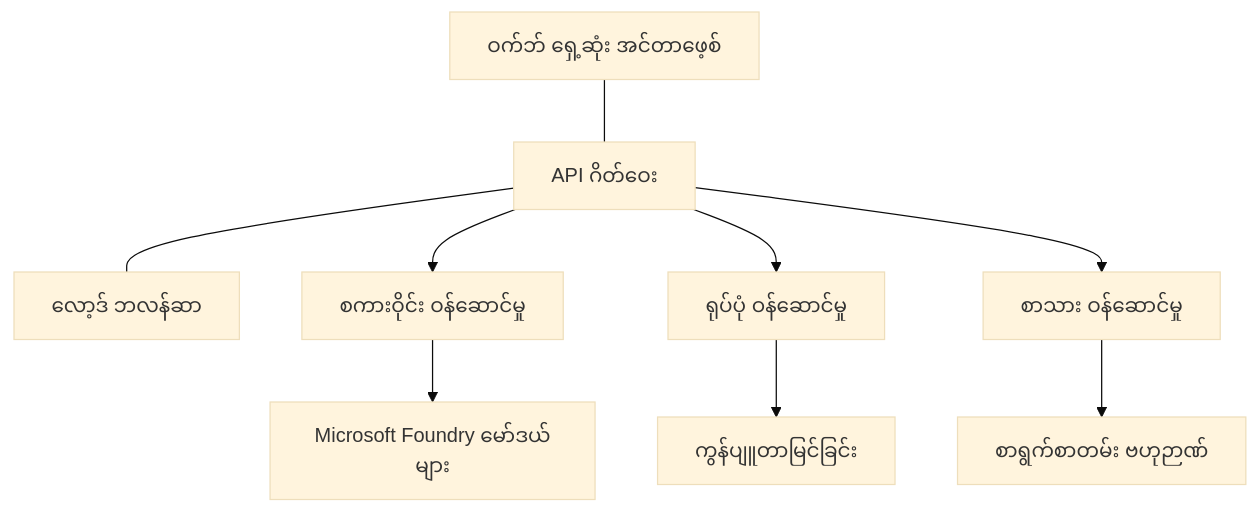
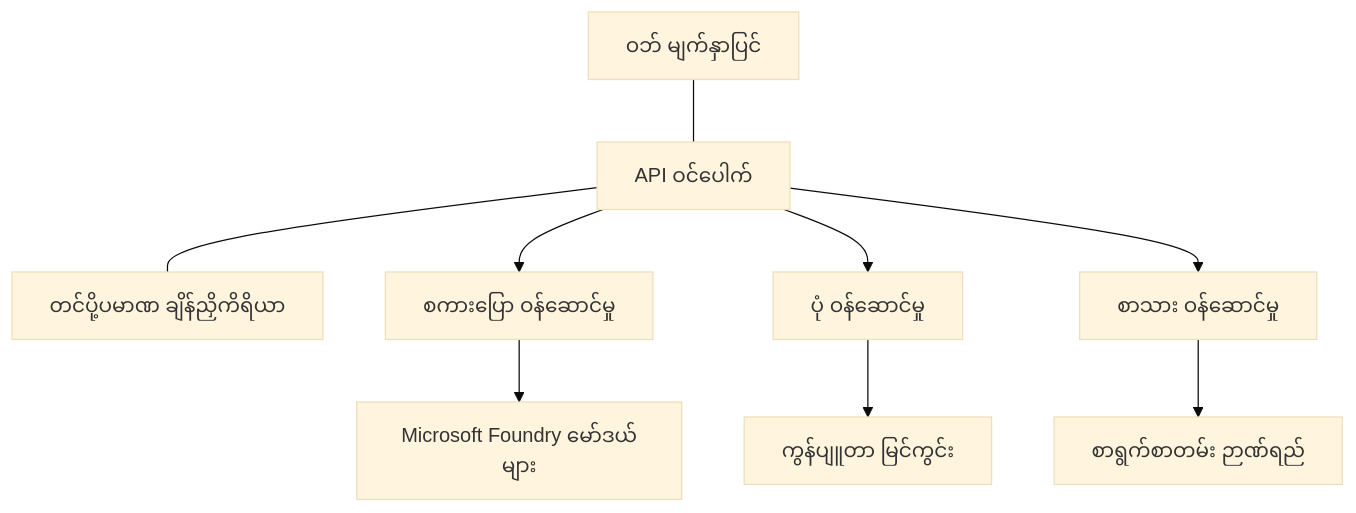
One commit to microsoft/AZD-for-beginners changed the diagram in translations/my/docs/chapter-08-production/production-ai-practices.md. Above: the diagram before and after it, drawn with Mermaid (base theme). The commit also changed other lines of this file and 104 other files, not shown here.

````diff
--- a/translations/my/docs/chapter-08-production/production-ai-practices.md
+++ b/translations/my/docs/chapter-08-production/production-ai-practices.md
@@ -30,10 +30,10 @@
 ```mermaid
 graph TD
-    Frontend[ဝက်ဘ် ရှေ့ဆုံး အင်တာဖေ့စ်] --- Gateway[API ဂိတ်ဝေး] --- LB[လော့ဒ် ဘလန်ဆာ]
-    Gateway --> Chat[စကားဝိုင်း ဝန်ဆောင်မှု]
-    Gateway --> Image[ရုပ်ပုံ ဝန်ဆောင်မှု]
+    Frontend[ဝဘ် မျက်နှာပြင်] --- Gateway[API ဝင်ပေါက်] --- LB[တင်ပို့ပမာဏ ချိန်ညှိကိရိယာ]
+    Gateway --> Chat[စကားပြော ဝန်ဆောင်မှု]
+    Gateway --> Image[ပုံ ဝန်ဆောင်မှု]
     Gateway --> Text[စာသား ဝန်ဆောင်မှု]
     Chat --> OpenAI[Microsoft Foundry မော်ဒယ်များ]
-    Image --> Vision[ကွန်ပျူတာမြင်ခြင်း]
-    Text --> DocIntel[စာရွက်စာတမ်း ဗဟုဉာဏ်]
+    Image --> Vision[ကွန်ပျူတာ မြင်ကွင်း]
+    Text --> DocIntel[စာရွက်စာတမ်း ဉာဏ်ရည်]
 ```
````
